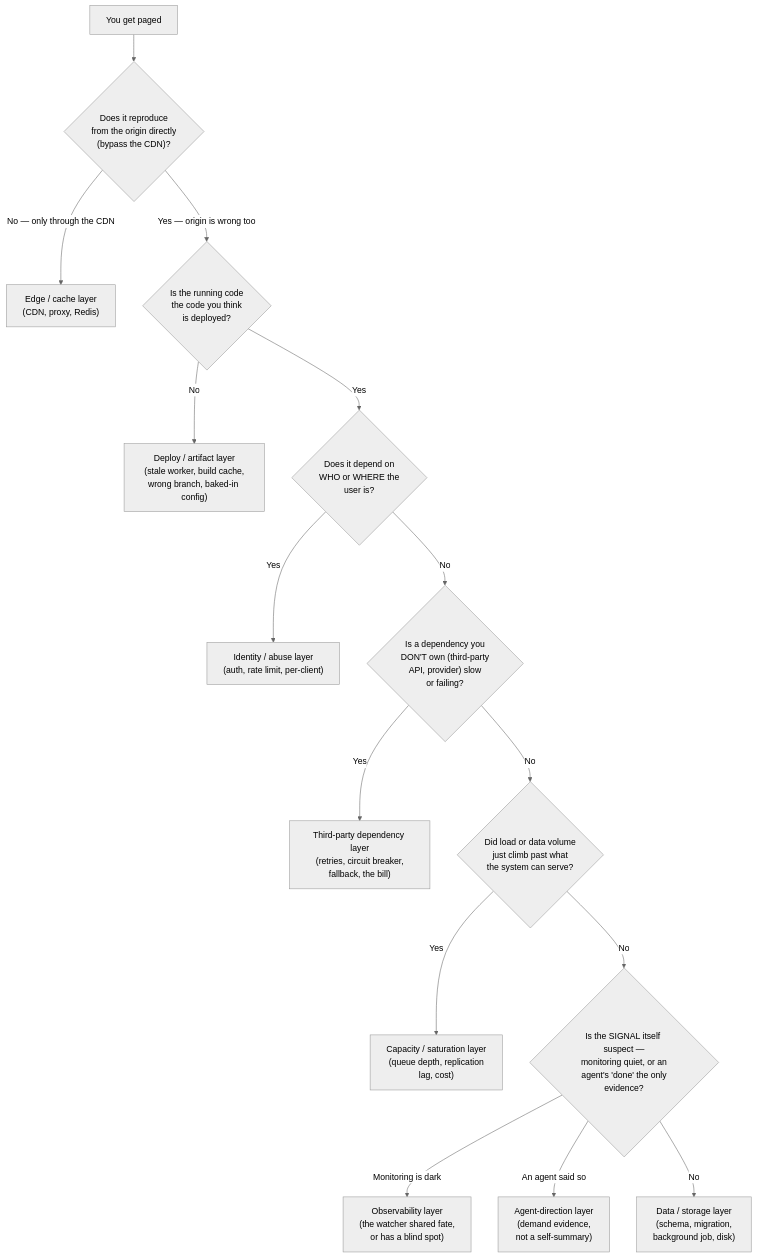
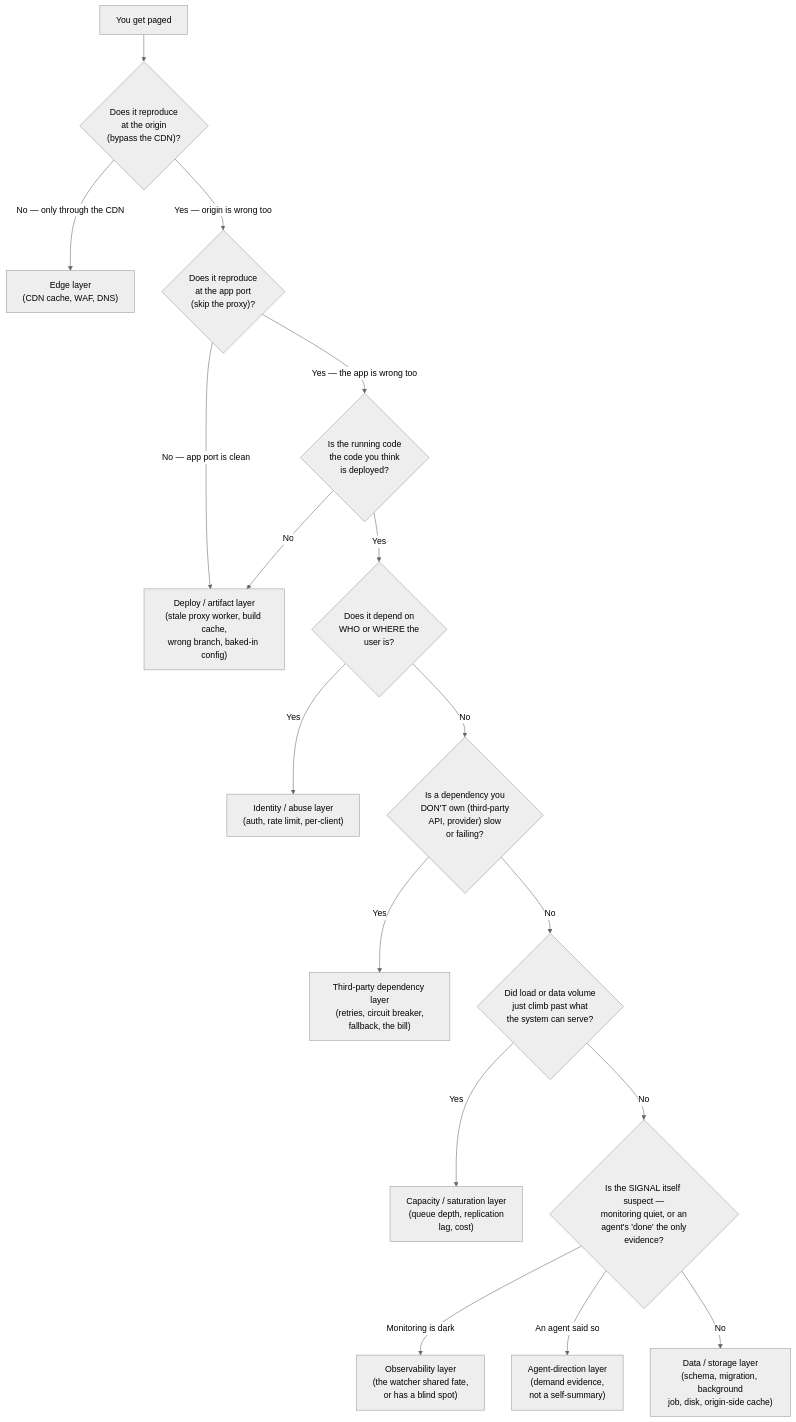
One commit to Tamoura/system-design-for-vibe-coders changed the first of 2 diagrams in modules/12-capstone/module.md. Above: the diagram before and after it, drawn with Mermaid (neutral theme). The commit also changed other lines of this file and 551 other files, not shown here.

````diff
--- a/modules/12-capstone/module.md
+++ b/modules/12-capstone/module.md
@@ -31,17 +35,19 @@
 ```mermaid
 flowchart TD
-    P["You get paged"] --> Q0{"Does it reproduce<br/>from the origin directly<br/>(bypass the CDN)?"}
-    Q0 -->|"No — only through the CDN"| EDGE["Edge / cache layer<br/>(CDN, proxy, Redis)"]
-    Q0 -->|"Yes — origin is wrong too"| Q1{"Is the running code<br/>the code you think<br/>is deployed?"}
-    Q1 -->|"No"| DEPLOY["Deploy / artifact layer<br/>(stale worker, build cache,<br/>wrong branch, baked-in config)"]
+    P["You get paged"] --> Q0{"Does it reproduce<br/>at the origin<br/>(bypass the CDN)?"}
+    Q0 -->|"No — only through the CDN"| EDGE["Edge layer<br/>(CDN cache, WAF, DNS)"]
+    Q0 -->|"Yes — origin is wrong too"| QA{"Does it reproduce<br/>at the app port<br/>(skip the proxy)?"}
+    QA -->|"No — app port is clean"| DEPLOY["Deploy / artifact layer<br/>(stale proxy worker, build cache,<br/>wrong branch, baked-in config)"]
+    QA -->|"Yes — the app is wrong too"| Q1{"Is the running code<br/>the code you think<br/>is deployed?"}
+    Q1 -->|"No"| DEPLOY
     Q1 -->|"Yes"| Q2{"Does it depend on<br/>WHO or WHERE the<br/>user is?"}
     Q2 -->|"Yes"| IDENT["Identity / abuse layer<br/>(auth, rate limit, per-client)"]
     Q2 -->|"No"| Q3{"Is a dependency you<br/>DON'T own (third-party<br/>API, provider) slow<br/>or failing?"}
     Q3 -->|"Yes"| THIRD["Third-party dependency layer<br/>(retries, circuit breaker,<br/>fallback, the bill)"]
     Q3 -->|"No"| Q4{"Did load or data volume<br/>just climb past what<br/>the system can serve?"}
     Q4 -->|"Yes"| CAP["Capacity / saturation layer<br/>(queue depth, replication<br/>lag, cost)"]
     Q4 -->|"No"| Q5{"Is the SIGNAL itself suspect —<br/>monitoring quiet, or an<br/>agent's 'done' the only<br/>evidence?"}
     Q5 -->|"Monitoring is dark"| BLIND["Observability layer<br/>(the watcher shared fate,<br/>or has a blind spot)"]
     Q5 -->|"An agent said so"| AGENT["Agent-direction layer<br/>(demand evidence,<br/>not a self-summary)"]
-    Q5 -->|"No"| DATA["Data / storage layer<br/>(schema, migration,<br/>background job, disk)"]
+    Q5 -->|"No"| DATA["Data / storage layer<br/>(schema, migration, background<br/>job, disk, origin-side cache)"]
 ```
````
